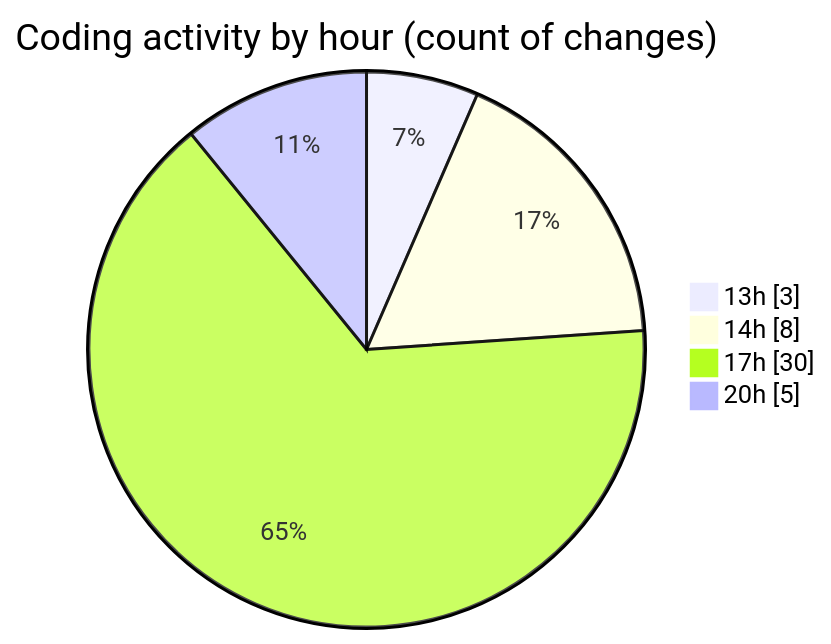
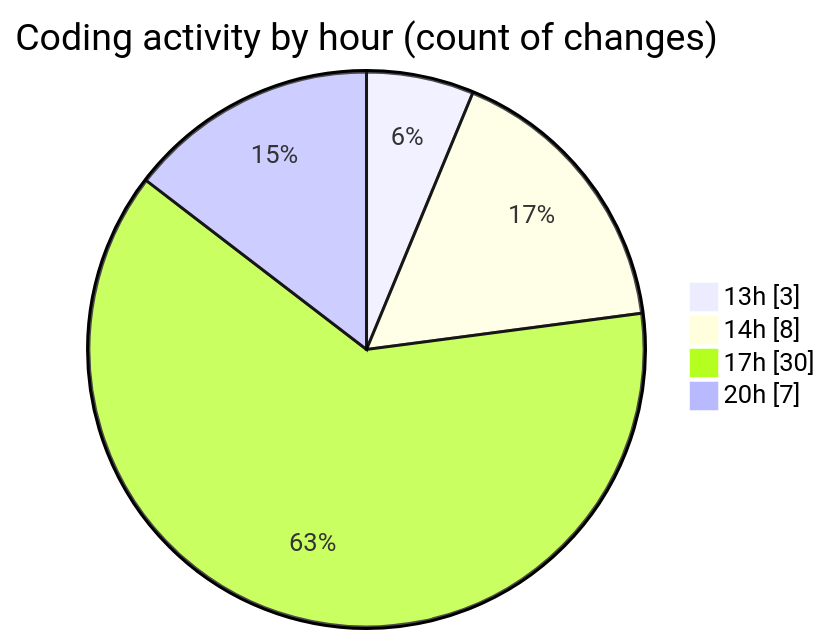
Before and after one commit to NitaiMahat/code-tracking: the second of 2 diagrams in 2025-02-04/recipe-page-main/README.md, drawn with Mermaid. The commit also changed other lines of this file and 1 other file, not shown here.

````diff
--- a/2025-02-04/recipe-page-main/README.md
+++ b/2025-02-04/recipe-page-main/README.md
@@ -30,8 +30,8 @@
 ```mermaid
 pie showData
 title Coding activity by hour (count of changes)
 "13h" : 3
 "14h" : 8
 "17h" : 30
-"20h" : 5
+"20h" : 7
 ```
````
